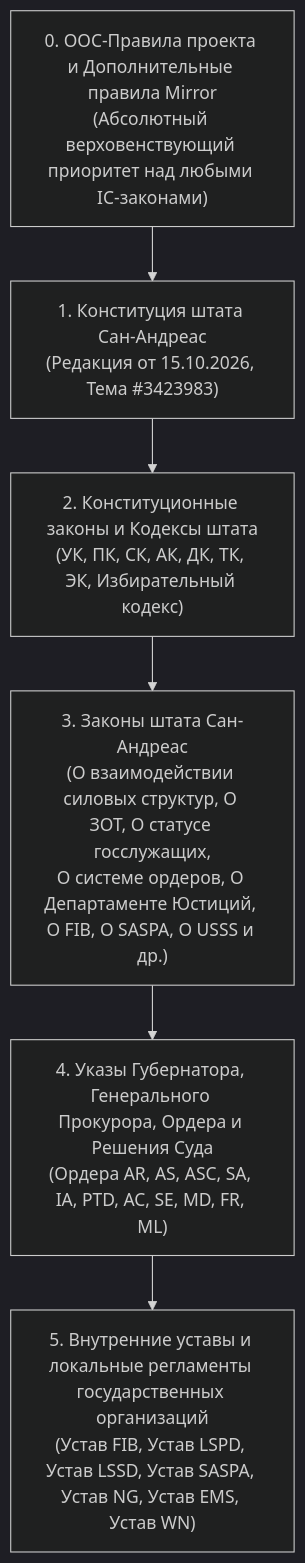
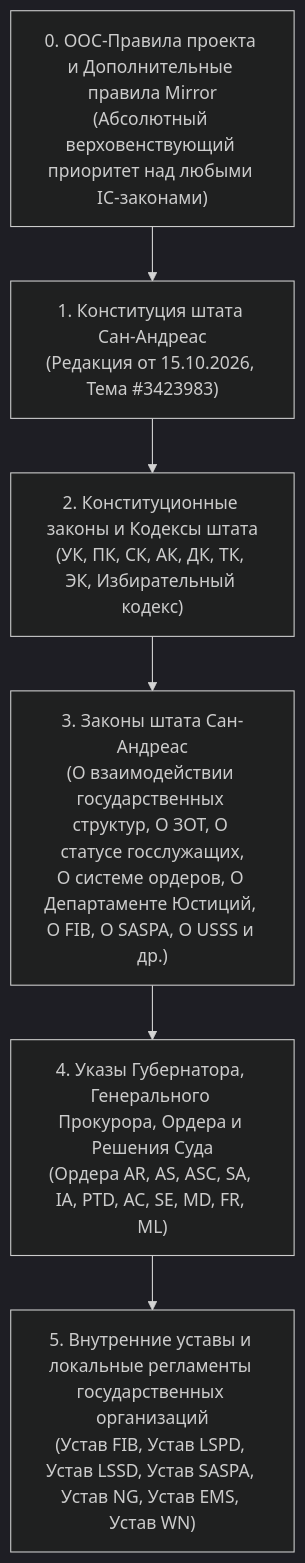
Before and after one commit to Efa1ny/AISkill4gta5rp: the diagram in skills/gta5rp-mirror-legislation/references/mirror-legal-hierarchy-and-gov.md, drawn with Mermaid (dark theme). The commit also changed other lines of this file and 35 other files, not shown here.

````diff
--- a/skills/gta5rp-mirror-legislation/references/mirror-legal-hierarchy-and-gov.md
+++ b/skills/gta5rp-mirror-legislation/references/mirror-legal-hierarchy-and-gov.md
@@ -11,15 +11,15 @@
 ```mermaid
 flowchart TD
     OOC["0. OOC-Правила проекта и Дополнительные правила Mirror\n(Абсолютный верховенствующий приоритет над любыми IC-законами)"]
     Const["1. Конституция штата Сан-Андреас\n(Редакция от 15.10.2026, Тема #3423983)"]
     Codes["2. Конституционные законы и Кодексы штата\n(УК, ПК, СК, АК, ДК, ТК, ЭК, Избирательный кодекс)"]
-    Laws["3. Законы штата Сан-Андреас\n(О взаимодействии силовых структур, О ЗОТ, О статусе госслужащих,\nО системе ордеров, О Департаменте Юстиций, О FIB, О SASPA, О USSS и др.)"]
+    Laws["3. Законы штата Сан-Андреас\n(О взаимодействии государственных структур, О ЗОТ, О статусе госслужащих,\nО системе ордеров, О Департаменте Юстиций, О FIB, О SASPA, О USSS и др.)"]
     Orders["4. Указы Губернатора, Генерального Прокурора, Ордера и Решения Суда\n(Ордера AR, AS, ASC, SA, IA, PTD, AC, SE, MD, FR, ML)"]
     Charters["5. Внутренние уставы и локальные регламенты государственных организаций\n(Устав FIB, Устав LSPD, Устав LSSD, Устав SASPA, Устав NG, Устав EMS, Устав WN)"]
 
     OOC --> Const
     Const --> Codes
     Codes --> Laws
     Laws --> Orders
     Orders --> Charters
 ```
````
